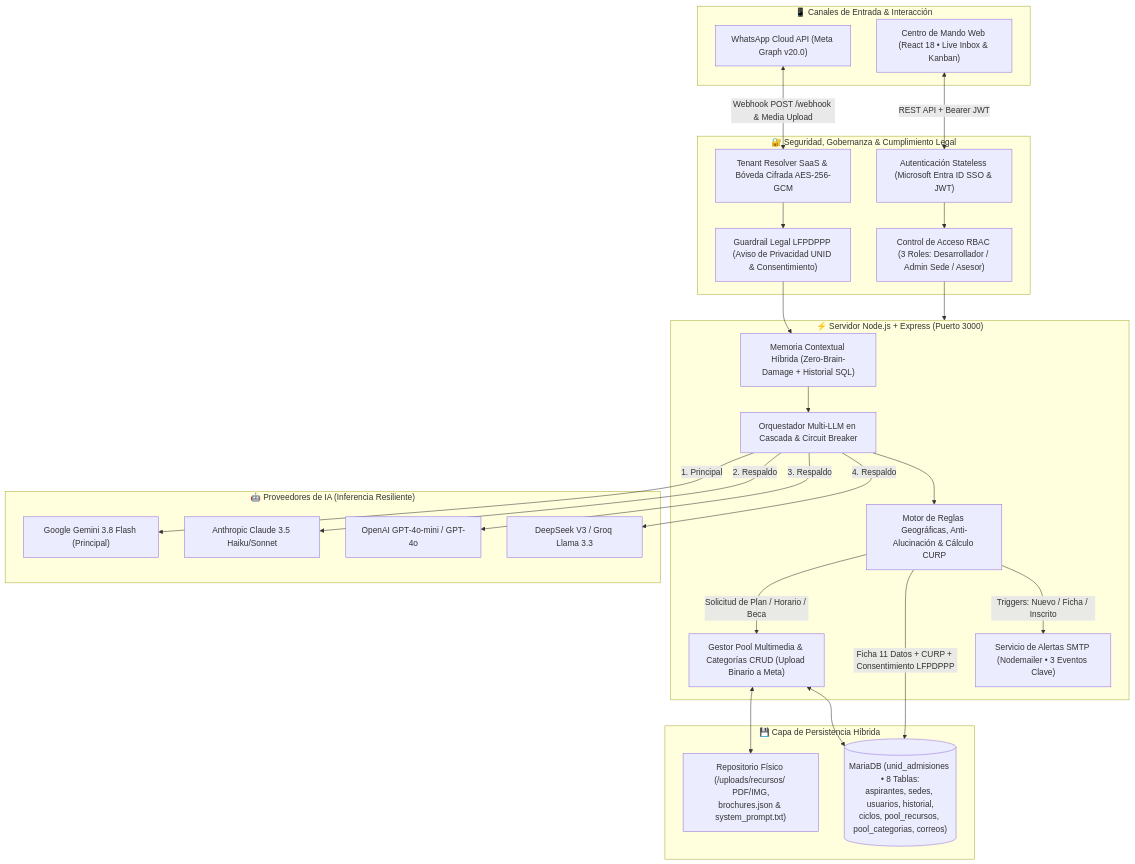
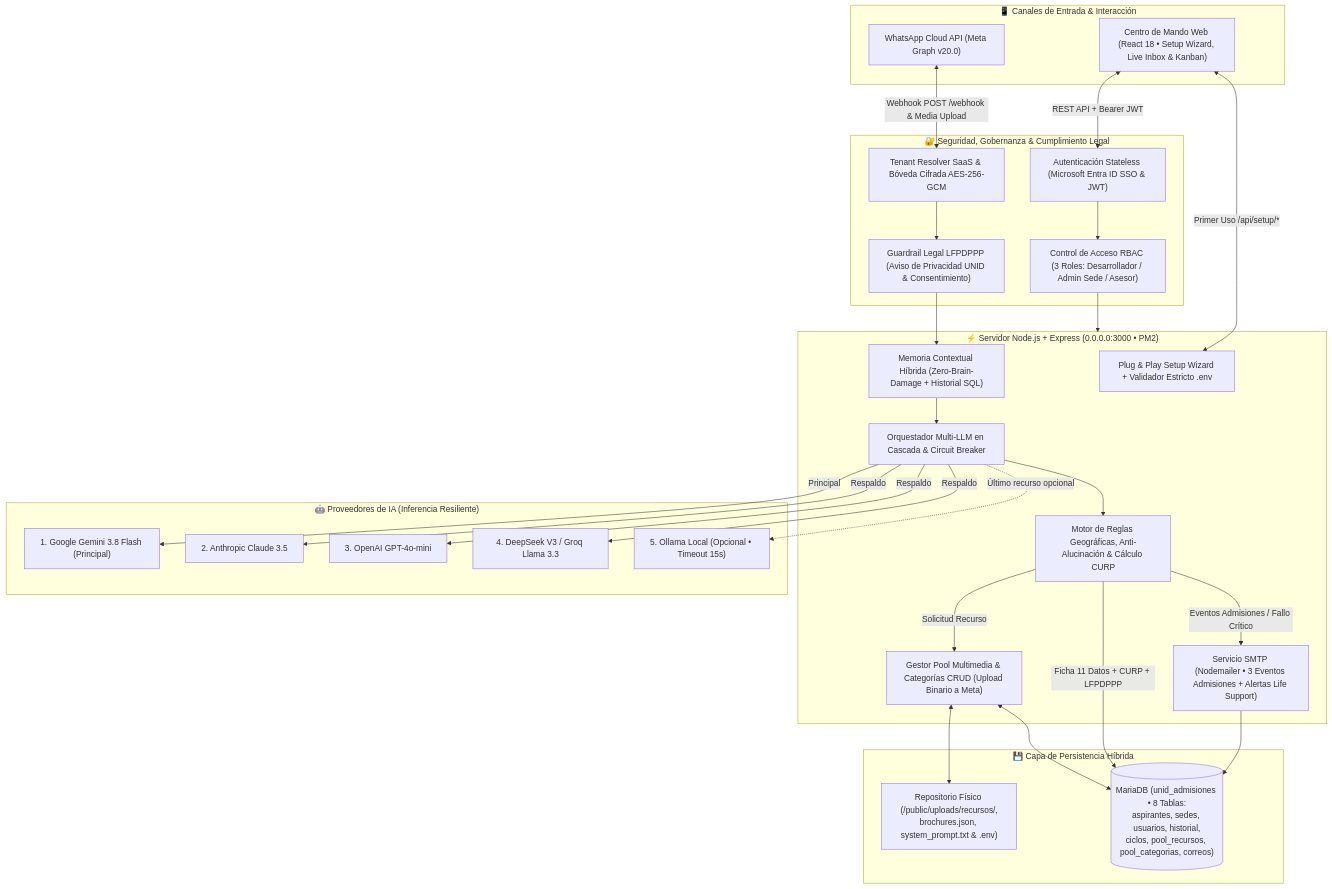
One commit to Luso233/Metal-Uriel changed the diagram in README.md. Above: the diagram before and after it, drawn with Mermaid. The commit also changed other lines of this file and 15 other files, not shown here.

First line of the commit message:
feat(plug-and-play): build v2.0 lista para despliegue en caliente con Setup Wizard, validacion de API keys, Ollama opcional y guia 24/7

````diff
--- a/README.md
+++ b/README.md
@@ -72,54 +262,59 @@
 ```mermaid
 flowchart TD
     subgraph Canales ["📱 Canales de Entrada & Interacción"]
         WA["WhatsApp Cloud API (Meta Graph v20.0)"]
-        WEB["Centro de Mando Web (React 18 • Live Inbox & Kanban)"]
+        WEB["Centro de Mando Web (React 18 • Setup Wizard, Live Inbox & Kanban)"]
     end
 
     subgraph Seguridad ["🔐 Seguridad, Gobernanza & Cumplimiento Legal"]
         AUTH["Autenticación Stateless (Microsoft Entra ID SSO & JWT)"]
         RBAC["Control de Acceso RBAC (3 Roles: Desarrollador / Admin Sede / Asesor)"]
         TENANT["Tenant Resolver SaaS & Bóveda Cifrada AES-256-GCM"]
         LFPDPPP["Guardrail Legal LFPDPPP (Aviso de Privacidad UNID & Consentimiento)"]
     end
 
-    subgraph Backend ["⚡ Servidor Node.js + Express (Puerto 3000)"]
+    subgraph Backend ["⚡ Servidor Node.js + Express (0.0.0.0:3000 • PM2)"]
+        SETUP["Plug & Play Setup Wizard + Validador Estricto .env"]
         MEM["Memoria Contextual Híbrida (Zero-Brain-Damage + Historial SQL)"]
         CASCADE["Orquestador Multi-LLM en Cascada & Circuit Breaker"]
         GEO["Motor de Reglas Geográficas, Anti-Alucinación & Cálculo CURP"]
         POOL_MGR["Gestor Pool Multimedia & Categorías CRUD (Upload Binario a Meta)"]
-        MAIL["Servicio de Alertas SMTP (Nodemailer • 3 Eventos Clave)"]
+        MAIL["Servicio SMTP (Nodemailer • 3 Eventos Admisiones + Alertas Life Support)"]
     end
 
     subgraph AI_Providers ["🤖 Proveedores de IA (Inferencia Resiliente)"]
-        GEMINI["Google Gemini 3.8 Flash (Principal)"]
-        CLAUDE["Anthropic Claude 3.5 Haiku/Sonnet"]
-        OPENAI["OpenAI GPT-4o-mini / GPT-4o"]
-        GROQ["DeepSeek V3 / Groq Llama 3.3"]
+        GEMINI["1. Google Gemini 3.8 Flash (Principal)"]
+        CLAUDE["2. Anthropic Claude 3.5"]
+        OPENAI["3. OpenAI GPT-4o-mini"]
+        GROQ["4. DeepSeek V3 / Groq Llama 3.3"]
+        OLLAMA["5. Ollama Local (Opcional • Timeout 15s)"]
     end
 
     subgraph Storage ["💾 Capa de Persistencia Híbrida"]
         MARIADB[("MariaDB (unid_admisiones • 8 Tablas:\naspirantes, sedes, usuarios, historial,\nciclos, pool_recursos, pool_categorias, correos)")]
-        FILES["Repositorio Físico (/uploads/recursos/ PDF/IMG,\nbrochures.json & system_prompt.txt)"]
+        FILES["Repositorio Físico (/public/uploads/recursos/,\nbrochures.json, system_prompt.txt & .env)"]
     end
 
     WA <-->|Webhook POST /webhook & Media Upload| TENANT
     WEB <-->|REST API + Bearer JWT| AUTH
+    WEB <-->|Primer Uso /api/setup/*| SETUP
     AUTH --> RBAC
     RBAC --> Backend
     TENANT --> LFPDPPP
     LFPDPPP --> MEM
     MEM --> CASCADE
 
-    CASCADE -->|1. Principal| GEMINI
-    CASCADE -->|2. Respaldo| CLAUDE
-    CASCADE -->|3. Respaldo| OPENAI
-    CASCADE -->|4. Respaldo| GROQ
+    CASCADE -->|Principal| GEMINI
+    CASCADE -->|Respaldo| CLAUDE
+    CASCADE -->|Respaldo| OPENAI
+    CASCADE -->|Respaldo| GROQ
+    CASCADE -.->|Último recurso opcional| OLLAMA
 
     CASCADE --> GEO
-    GEO -->|Solicitud de Plan / Horario / Beca| POOL_MGR
+    GEO -->|Solicitud Recurso| POOL_MGR
     POOL_MGR <--> FILES
     POOL_MGR <--> MARIADB
-    GEO -->|Ficha 11 Datos + CURP + Consentimiento LFPDPPP| MARIADB
-    GEO -->|Triggers: Nuevo / Ficha / Inscrito| MAIL
+    GEO -->|Ficha 11 Datos + CURP + LFPDPPP| MARIADB
+    GEO -->|Eventos Admisiones / Fallo Crítico| MAIL
+    MAIL --> MARIADB
 ```
````
